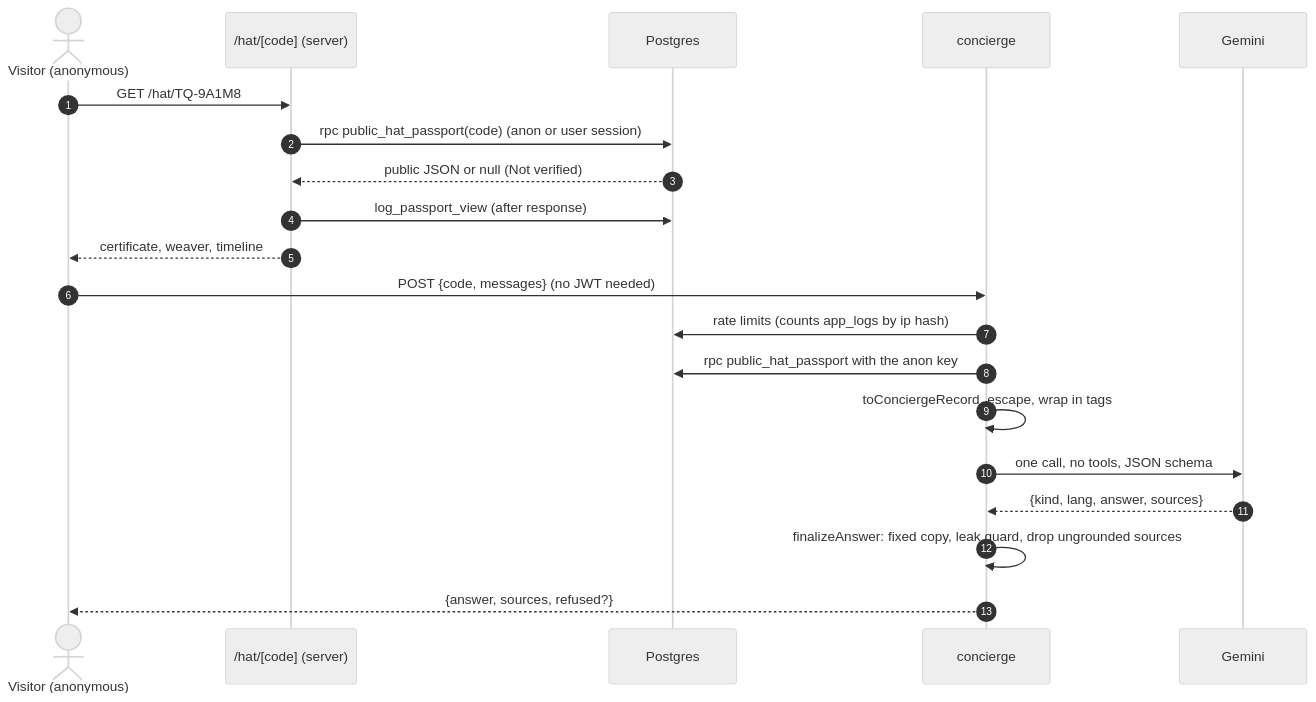
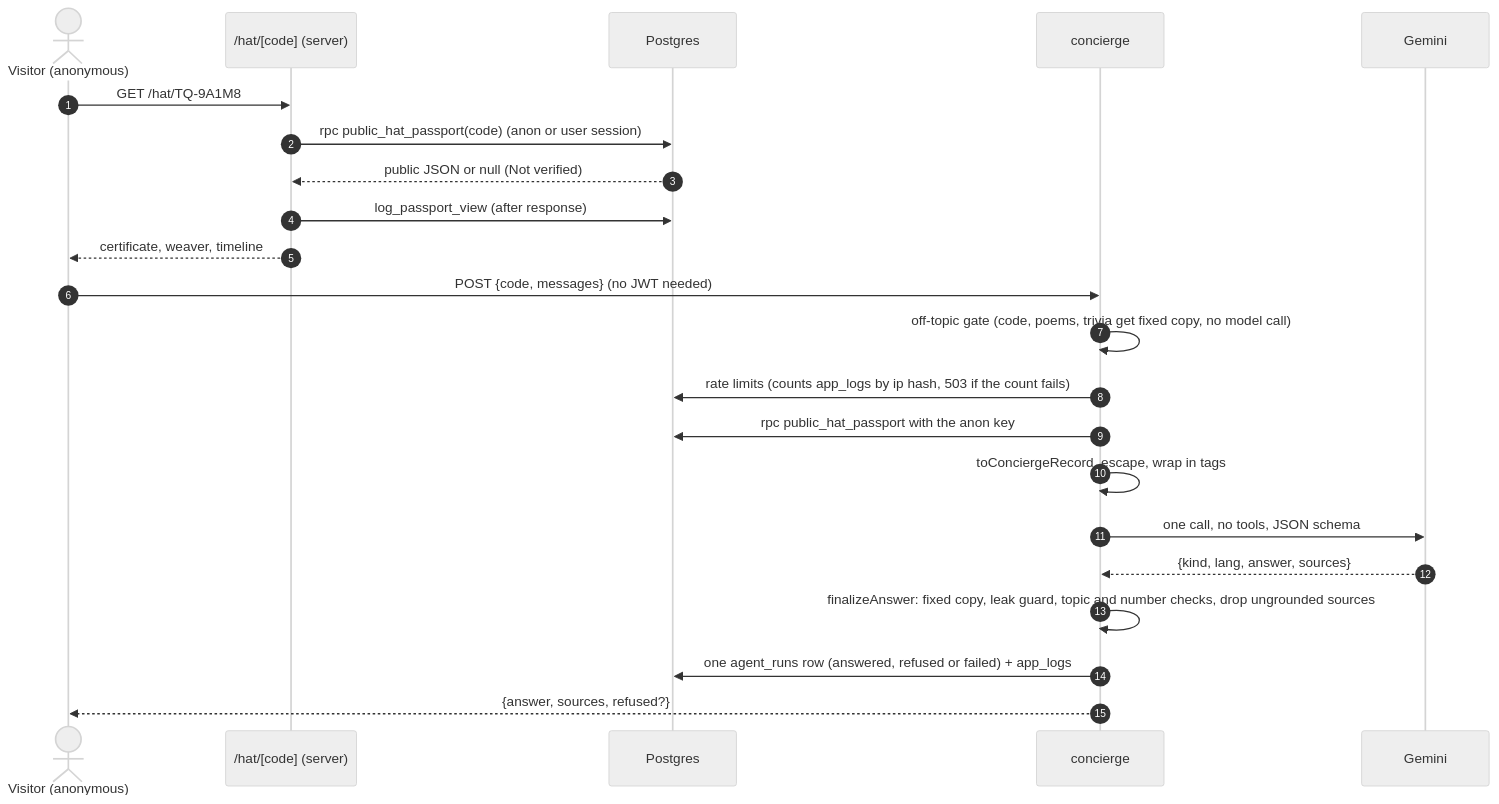
Before and after one commit to xaviramirezcom/toquilla-trace: the fourth of 6 diagrams in docs/ARCHITECTURE.md, drawn with Mermaid (neutral theme). The commit also changed other lines of this file and 26 other files, not shown here.

Commit message:
Docs review pass: reviewer box and code map, demo-only password notice, honest build story, sources, specs marked historical, links re-pointed

````diff
--- a/docs/ARCHITECTURE.md
+++ b/docs/ARCHITECTURE.md
@@ -208,23 +210,25 @@
 ```mermaid
 sequenceDiagram
   autonumber
   actor V as Visitor (anonymous)
   participant P as /hat/[code] (server)
   participant DB as Postgres
   participant CO as concierge
   participant G as Gemini
 
   V->>P: GET /hat/TQ-9A1M8
   P->>DB: rpc public_hat_passport(code) (anon or user session)
   DB-->>P: public JSON or null (Not verified)
   P->>DB: log_passport_view (after response)
   P-->>V: certificate, weaver, timeline
   V->>CO: POST {code, messages} (no JWT needed)
-  CO->>DB: rate limits (counts app_logs by ip hash)
+  CO->>CO: off-topic gate (code, poems, trivia get fixed copy, no model call)
+  CO->>DB: rate limits (counts app_logs by ip hash, 503 if the count fails)
   CO->>DB: rpc public_hat_passport with the anon key
   CO->>CO: toConciergeRecord, escape, wrap in tags
   CO->>G: one call, no tools, JSON schema
   G-->>CO: {kind, lang, answer, sources}
-  CO->>CO: finalizeAnswer: fixed copy, leak guard, drop ungrounded sources
+  CO->>CO: finalizeAnswer: fixed copy, leak guard, topic and number checks, drop ungrounded sources
+  CO->>DB: one agent_runs row (answered, refused or failed) + app_logs
   CO-->>V: {answer, sources, refused?}
 ```
````
